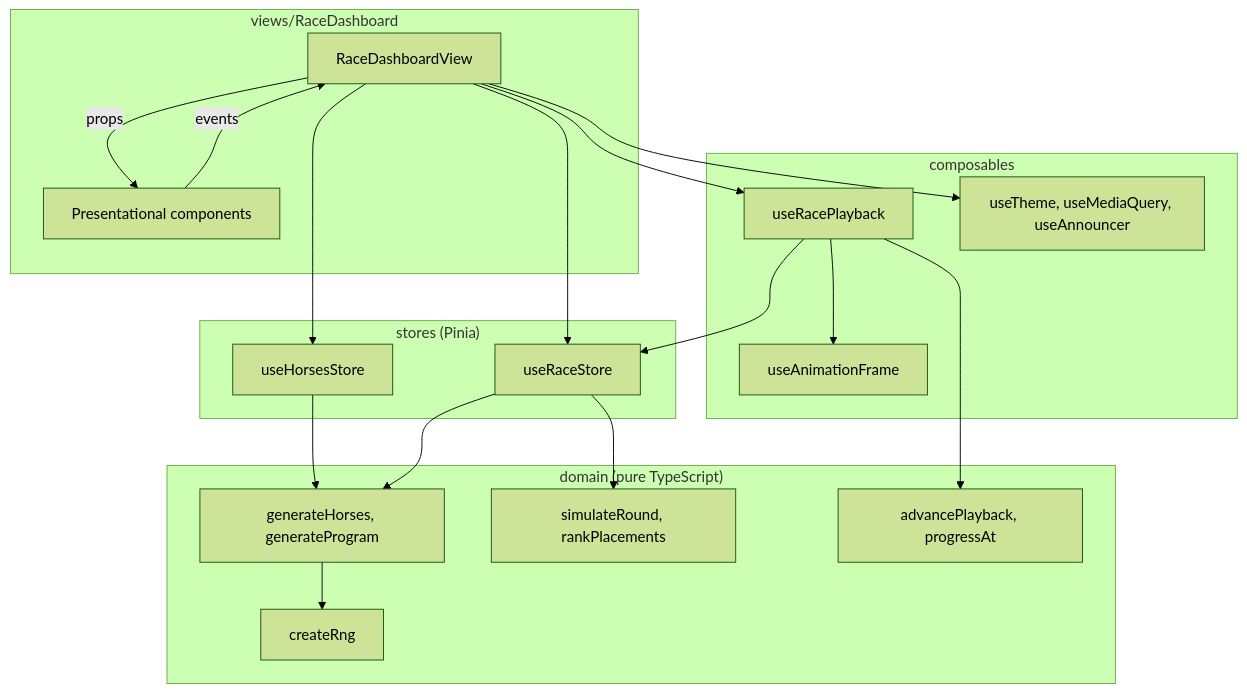
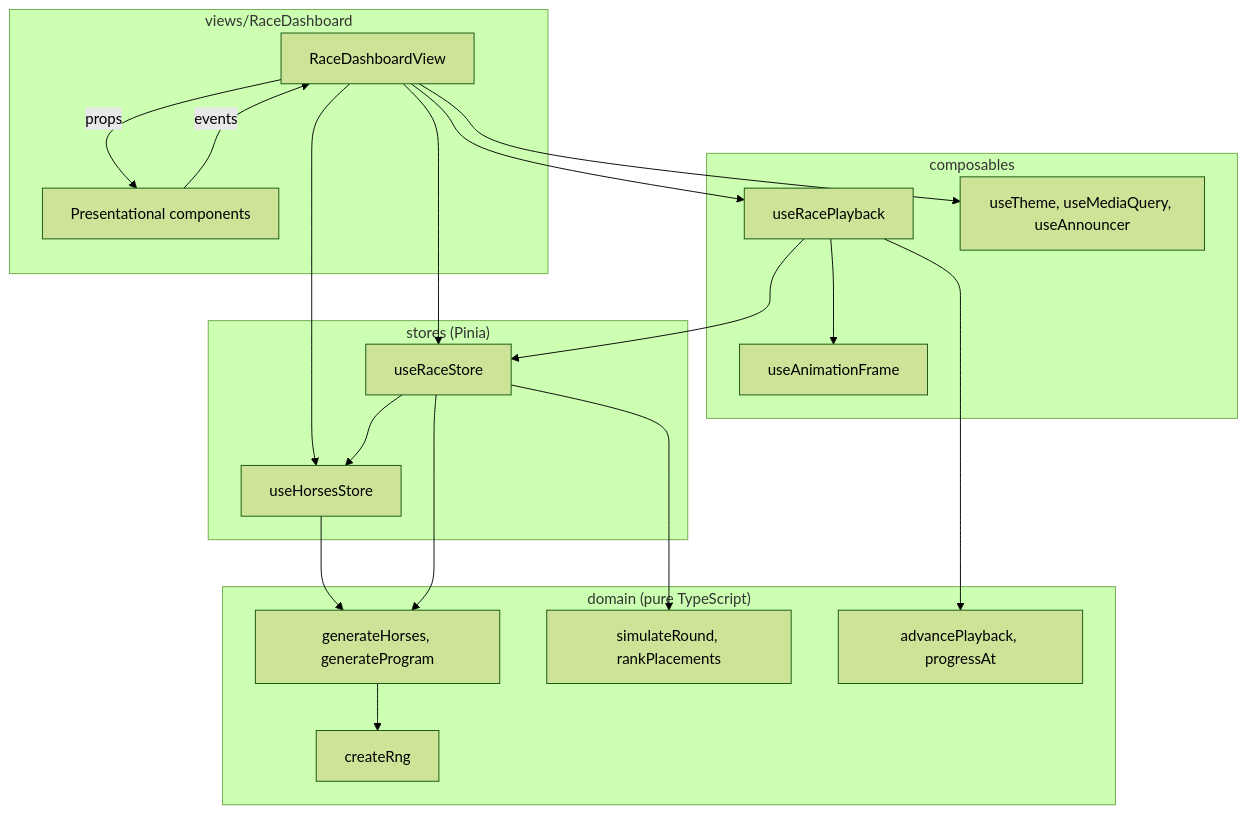
The first of 2 diagrams in docs/specs/design.md (phosimurg/horse-racing-game), drawn with Mermaid (forest theme) before and after one commit. The commit also changed other lines of this file and 4 other files, not shown here.

````diff
--- a/docs/specs/design.md
+++ b/docs/specs/design.md
@@ -18,35 +18,36 @@
 ```mermaid
 flowchart TB
     subgraph View["views/RaceDashboard"]
         RDV["RaceDashboardView"]
         VC["Presentational components"]
     end
     subgraph Composables["composables"]
         RP["useRacePlayback"]
         AF["useAnimationFrame"]
         APP["useTheme, useMediaQuery, useAnnouncer"]
     end
     subgraph Stores["stores (Pinia)"]
         HS["useHorsesStore"]
         RS["useRaceStore"]
     end
     subgraph Domain["domain (pure TypeScript)"]
         GEN["generateHorses, generateProgram"]
         SIM["simulateRound, rankPlacements"]
         PB["advancePlayback, progressAt"]
         RNG["createRng"]
     end
     RDV -- props --> VC
     VC -- events --> RDV
     RDV --> RP
     RDV --> APP
     RDV --> HS
     RDV --> RS
     RP --> AF
     RP --> RS
     RP --> PB
     HS --> GEN
+    RS --> HS
     RS --> GEN
     RS --> SIM
     GEN --> RNG
 ```
````
